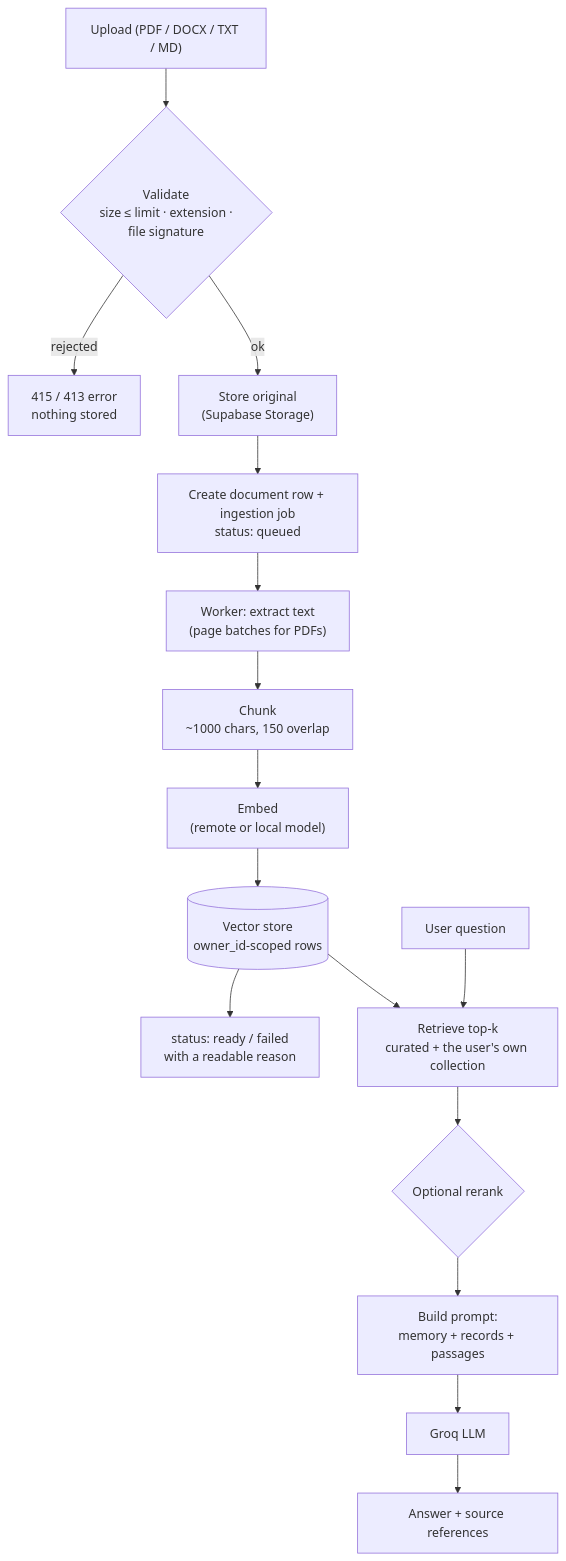
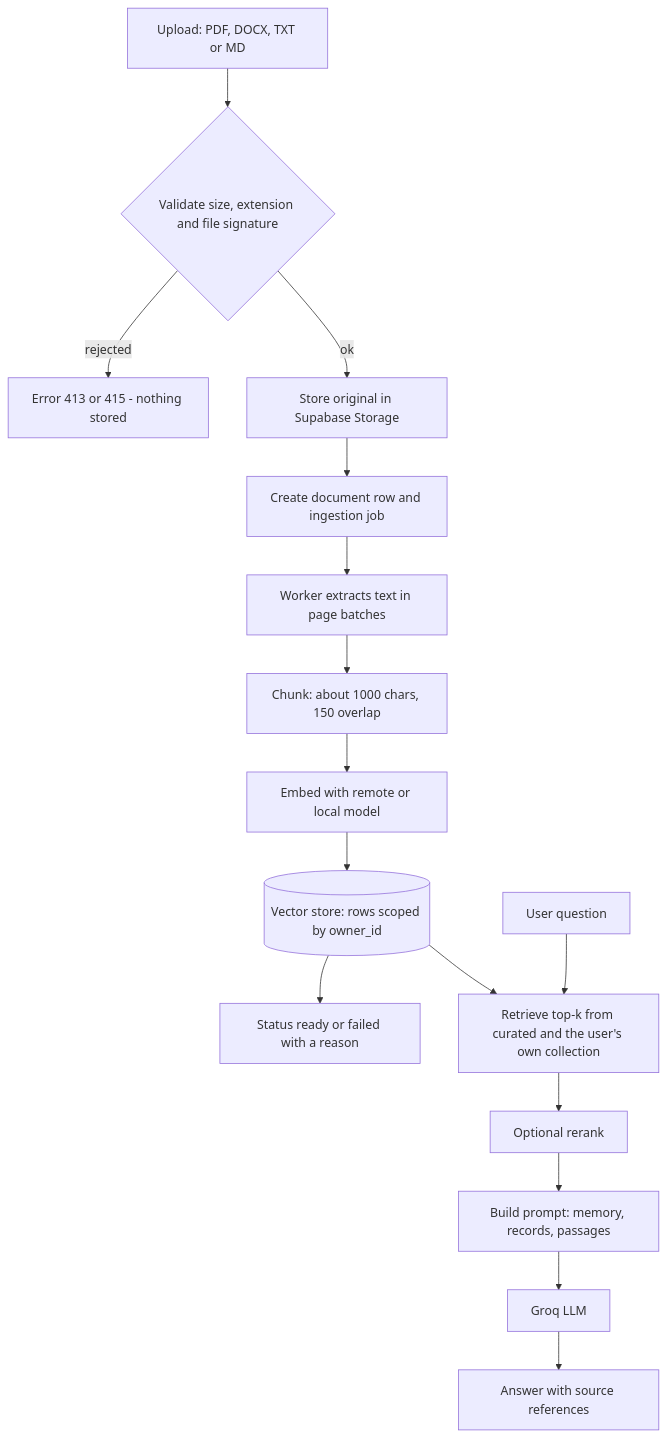
The second of 3 diagrams in README.md (prnvvv/FitAI), drawn with Mermaid before and after one commit. The commit also changed other lines of this file and 2 other files, not shown here.

First line of the commit message:
Optimize frontend build, enhance testing, and update documentation (#50)

````diff
--- a/README.md
+++ b/README.md
@@ -167,19 +168,18 @@
 ```mermaid
 flowchart TD
-    A["Upload (PDF / DOCX / TXT / MD)"] --> B{"Validate<br/>size ≤ limit · extension ·<br/>file signature"}
-    B -- rejected --> X["415 / 413 error<br/>nothing stored"]
-    B -- ok --> C["Store original<br/>(Supabase Storage)"]
-    C --> D["Create document row + ingestion job<br/>status: queued"]
-    D --> E["Worker: extract text<br/>(page batches for PDFs)"]
-    E --> F["Chunk<br/>~1000 chars, 150 overlap"]
-    F --> G["Embed<br/>(remote or local model)"]
-    G --> H[("Vector store<br/>owner_id-scoped rows")]
-    H --> I["status: ready / failed<br/>with a readable reason"]
-
-    Q["User question"] --> R["Retrieve top-k<br/>curated + the user's own collection"]
+    A["Upload: PDF, DOCX, TXT or MD"] --> B{"Validate size, extension and file signature"}
+    B -->|rejected| X["Error 413 or 415 - nothing stored"]
+    B -->|ok| C["Store original in Supabase Storage"]
+    C --> D["Create document row and ingestion job"]
+    D --> E["Worker extracts text in page batches"]
+    E --> F["Chunk: about 1000 chars, 150 overlap"]
+    F --> G["Embed with remote or local model"]
+    G --> H[("Vector store: rows scoped by owner_id")]
+    H --> I["Status ready or failed with a reason"]
+    Q["User question"] --> R["Retrieve top-k from curated and the user's own collection"]
     H --> R
-    R --> S{"Optional rerank"}
-    S --> T["Build prompt:<br/>memory + records + passages"]
+    R --> S["Optional rerank"]
+    S --> T["Build prompt: memory, records, passages"]
     T --> L["Groq LLM"]
-    L --> V["Answer + source references"]
+    L --> V["Answer with source references"]
 ```
````
